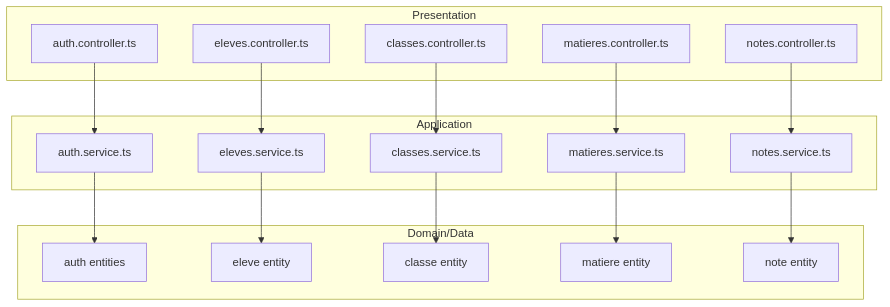
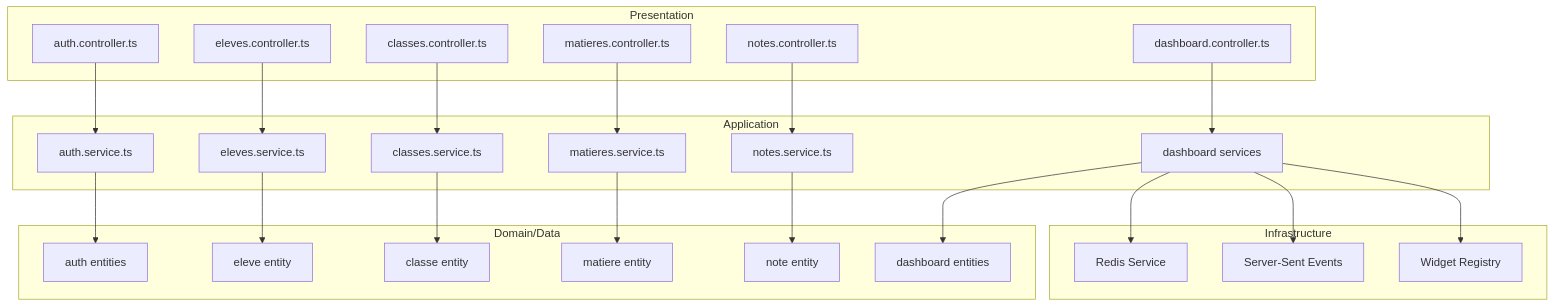
The second of 9 diagrams in .qoder/repowiki/en/content/Modules & Features/Modules & Features.md (franckylab/eLISAschool), drawn with Mermaid before and after one commit. The commit also changed other lines of this file and 390 other files, not shown here.

````diff
--- a/.qoder/repowiki/en/content/Modules & Features/Modules & Features.md
+++ b/.qoder/repowiki/en/content/Modules & Features/Modules & Features.md
@@ -120,34 +142,47 @@
 ```mermaid
 graph TB
 subgraph "Presentation"
 AC["auth.controller.ts"]
 EC["eleves.controller.ts"]
 CC["classes.controller.ts"]
 MC["matieres.controller.ts"]
 NC["notes.controller.ts"]
+DC["dashboard.controller.ts"]
 end
 subgraph "Application"
 AS["auth.service.ts"]
 ES["eleves.service.ts"]
 CS["classes.service.ts"]
 MS["matieres.service.ts"]
 NS["notes.service.ts"]
+DS["dashboard services"]
 end
 subgraph "Domain/Data"
 AE["auth entities"]
 EE["eleve entity"]
 CE["classe entity"]
 ME["matiere entity"]
 NE["note entity"]
+DE["dashboard entities"]
+end
+subgraph "Infrastructure"
+RS["Redis Service"]
+SSE["Server-Sent Events"]
+WR["Widget Registry"]
 end
 AC --> AS
 EC --> ES
 CC --> CS
 MC --> MS
 NC --> NS
+DC --> DS
 AS --> AE
 ES --> EE
 CS --> CE
 MS --> ME
 NS --> NE
+DS --> DE
+DS --> RS
+DS --> SSE
+DS --> WR
 ```
````
